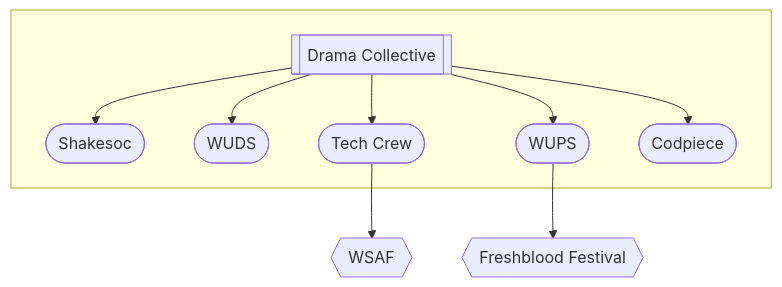
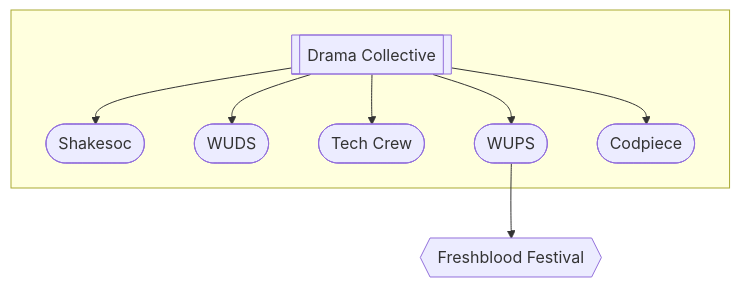
Before and after one commit to WarwickTechCrew/tc-website-wiki: the diagram in wiki/02-warwick-drama/01-drama-collective/index.md, drawn with Mermaid. The commit also changed other lines of this file, not shown here.

Commit message:
Update DC page to reflect that WSAF is now its own society

````diff
--- a/wiki/02-warwick-drama/01-drama-collective/index.md
+++ b/wiki/02-warwick-drama/01-drama-collective/index.md
@@ -15,13 +15,12 @@
 ```mermaid
 flowchart TD
     DC[[Drama Collective]]
     subgraph " "
         DC --> SS([Shakesoc])
         DC --> WUDS([WUDS])
         DC --> TC([Tech Crew])
         DC --> FB([WUPS])
         DC --> CP([Codpiece])
     end
-    TC --> WSAF{{WSAF}}
     FB --> FF{{Freshblood Festival}}
 ```
````
